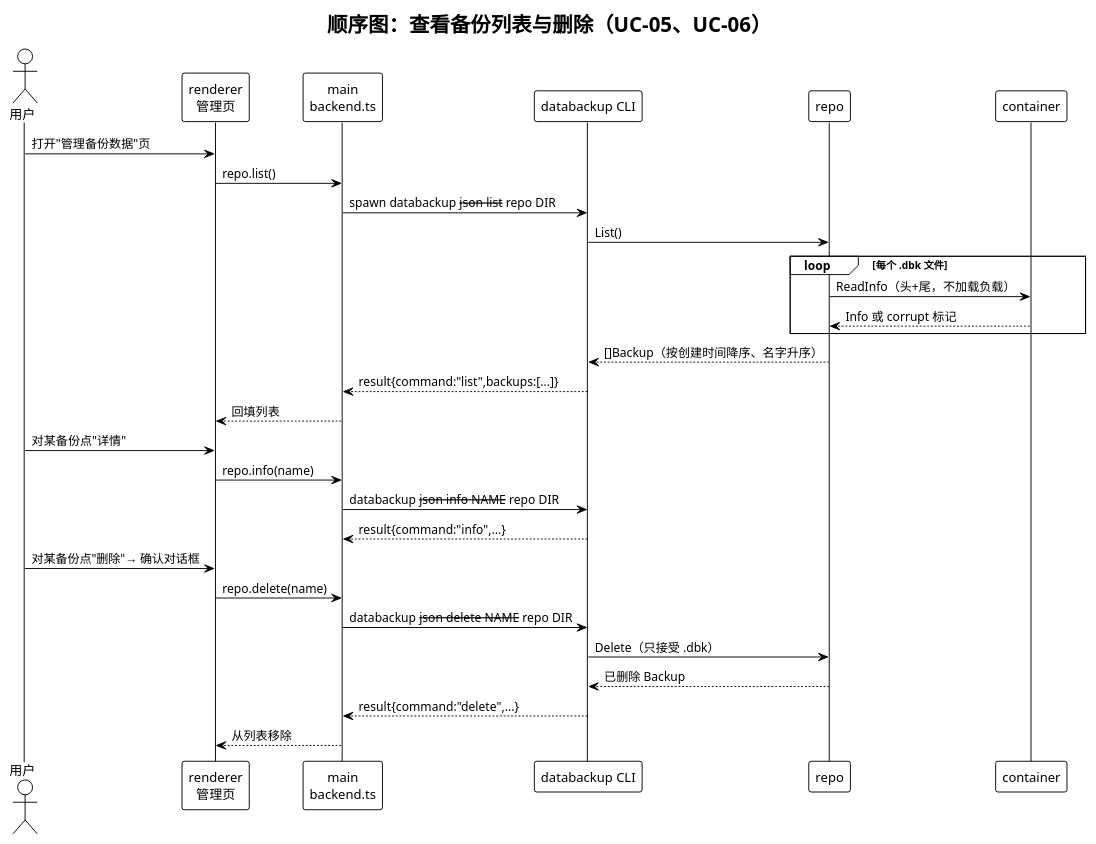
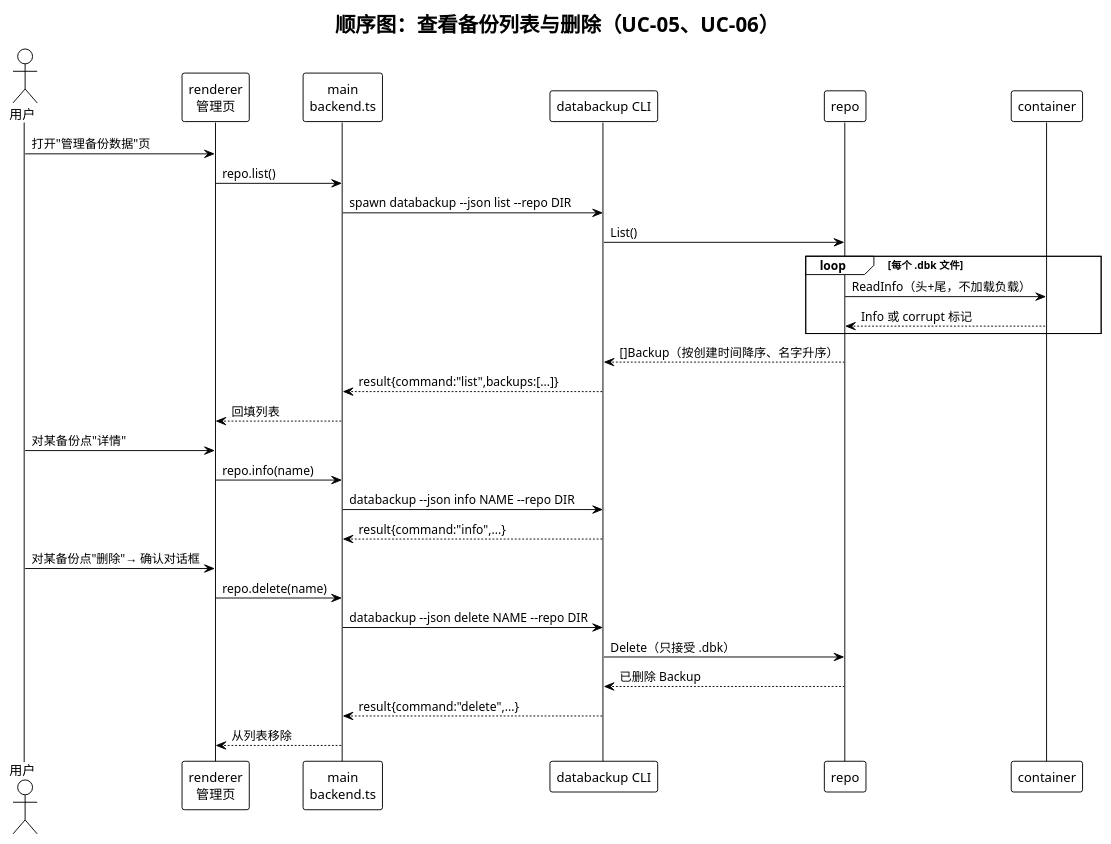
Before and after one commit to Piaoxuemoli/software-class-qoobeewang: the diagram in docs/deliverables/diagrams/seq-list-delete.puml, drawn with PlantUML. The commit also changed 7 other files, not shown here.

First line of the commit message:
docs(deliverables): 设计文档与冻结接口对齐、补类图基数与追溯矩阵 (#16)

```diff
--- a/docs/deliverables/diagrams/seq-list-delete.puml
+++ b/docs/deliverables/diagrams/seq-list-delete.puml
@@ -1,36 +1,36 @@
 @startuml seq-list-delete
 !theme plain
 title 顺序图：查看备份列表与删除（UC-05、UC-06）
 
 actor 用户 as U
 participant "renderer\n管理页" as R
 participant "main\nbackend.ts" as M
 participant "databackup CLI" as C
 participant "repo" as RE
 participant "container" as CT
 
 U -> R : 打开"管理备份数据"页
 R -> M : repo.list()
-M -> C : spawn databackup --json list --repo DIR
+M -> C : spawn databackup ~--json list ~--repo DIR
 C -> RE : List()
 loop 每个 .dbk 文件
   RE -> CT : ReadInfo（头+尾，不加载负载）
   CT --> RE : Info 或 corrupt 标记
 end
 RE --> C : []Backup（按创建时间降序、名字升序）
 C --> M : result{command:"list",backups:[...]}
 M --> R : 回填列表
 
 U -> R : 对某备份点"详情"
 R -> M : repo.info(name)
-M -> C : databackup --json info NAME --repo DIR
+M -> C : databackup ~--json info NAME ~--repo DIR
 C --> M : result{command:"info",...}
 
 U -> R : 对某备份点"删除"→ 确认对话框
 R -> M : repo.delete(name)
-M -> C : databackup --json delete NAME --repo DIR
+M -> C : databackup ~--json delete NAME ~--repo DIR
 C -> RE : Delete（只接受 .dbk）
 RE --> C : 已删除 Backup
 C --> M : result{command:"delete",...}
 M --> R : 从列表移除
 @enduml
```
